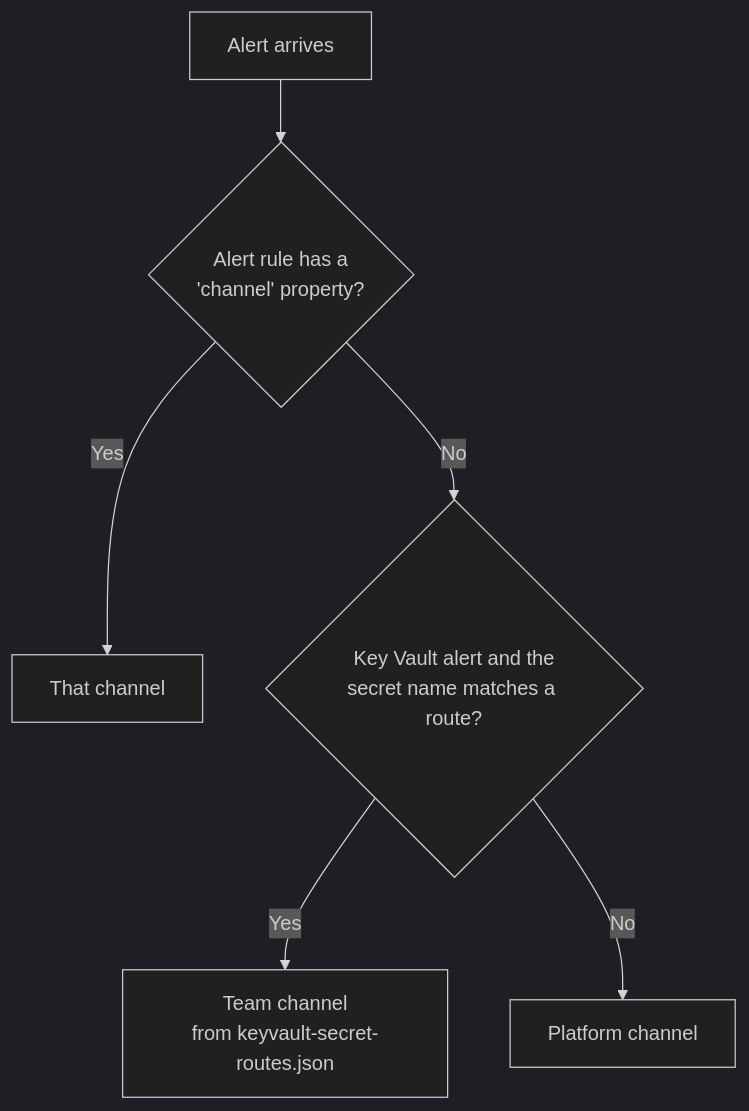
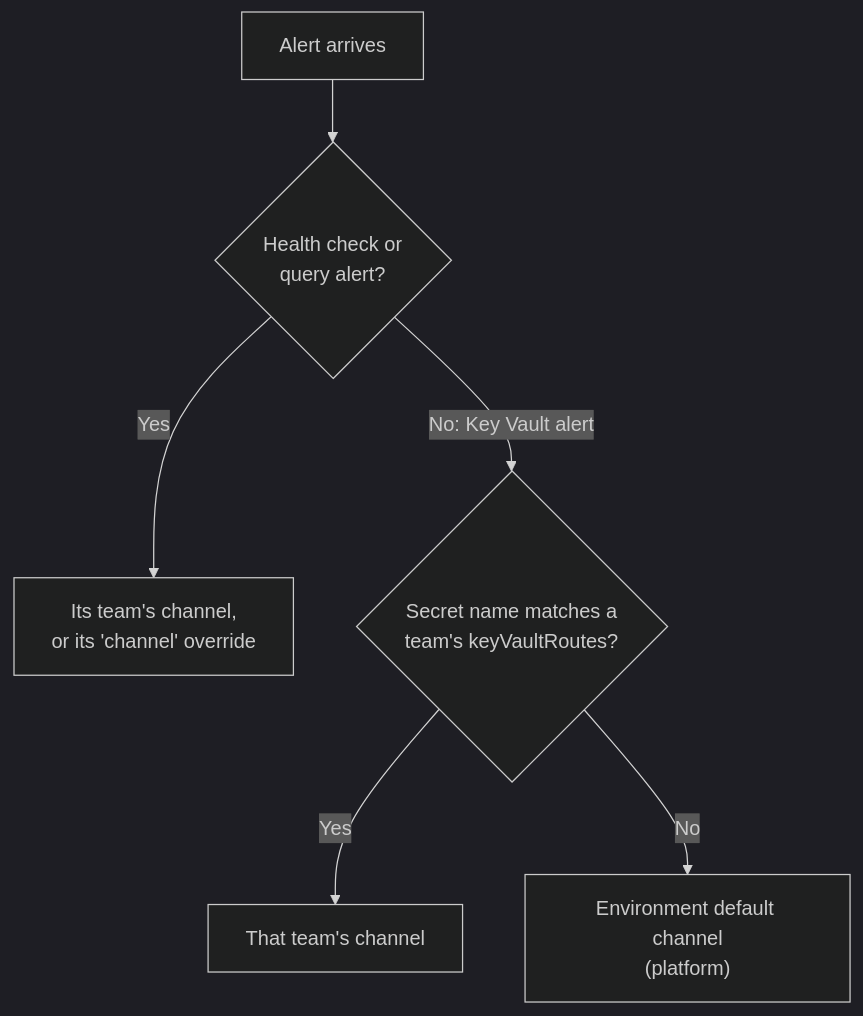
Before and after one commit to DEFRA/epr-infrastructure-alerting: the second of 4 diagrams in README.md, drawn with Mermaid (dark theme). The commit also changed other lines of this file and 27 other files, not shown here.

First line of the commit message:
refactor(ELSP-488): one alerts.json per team, channels derived from team

````diff
--- a/README.md
+++ b/README.md
@@ -35,8 +37,8 @@
 ```mermaid
 flowchart TD
-    A["Alert arrives"] --> B{"Alert rule has a<br/>'channel' property?"}
-    B -- Yes --> T["That channel"]
-    B -- No --> D{"Key Vault alert and the<br/>secret name matches a route?"}
-    D -- Yes --> TR["Team channel<br/>from keyvault-secret-routes.json"]
-    D -- No --> PL["Platform channel"]
+    A["Alert arrives"] --> B{"Health check or<br/>query alert?"}
+    B -- Yes --> T["Its team's channel,<br/>or its 'channel' override"]
+    B -- "No: Key Vault alert" --> D{"Secret name matches a<br/>team's keyVaultRoutes?"}
+    D -- Yes --> TR["That team's channel"]
+    D -- No --> PL["Environment default channel<br/>(platform)"]
 ```
````
